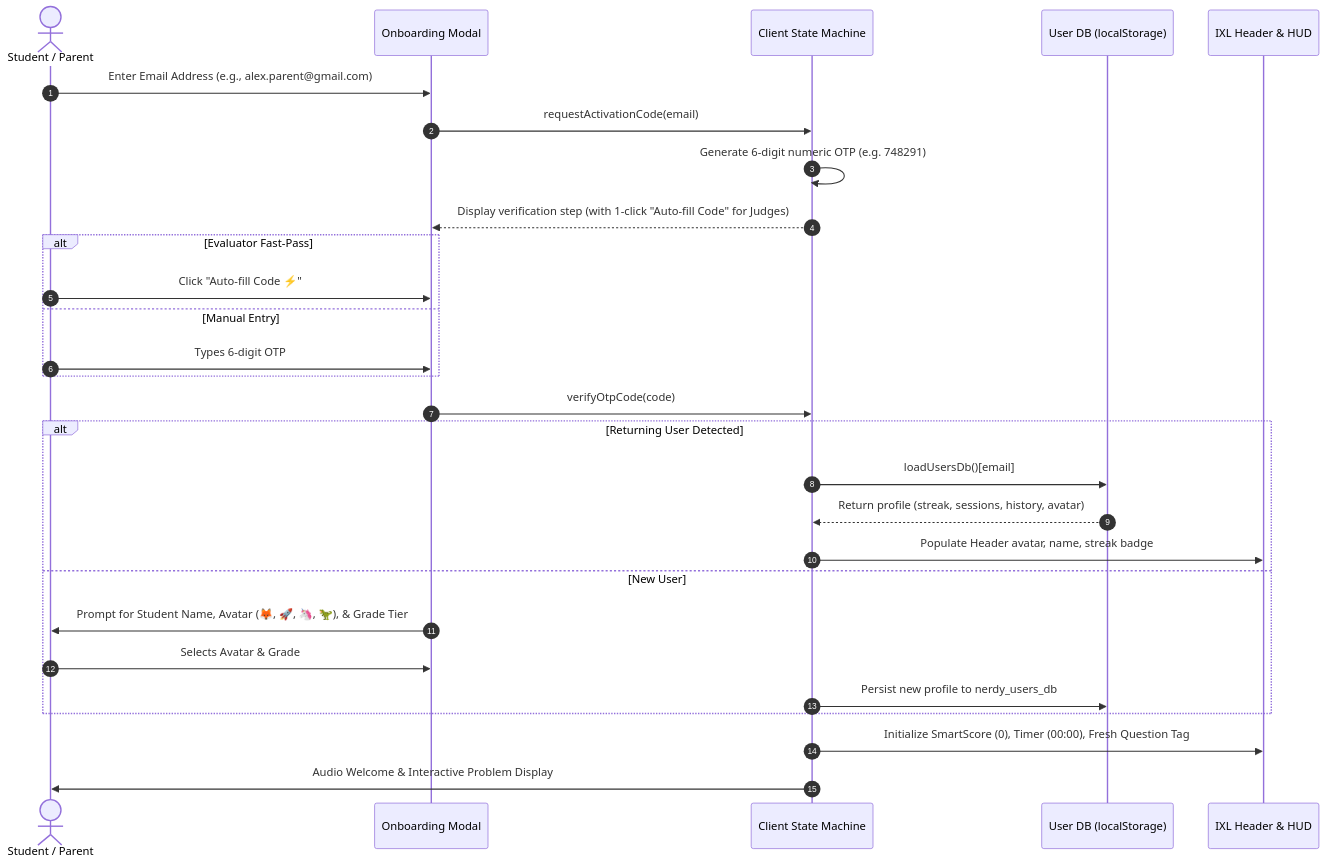
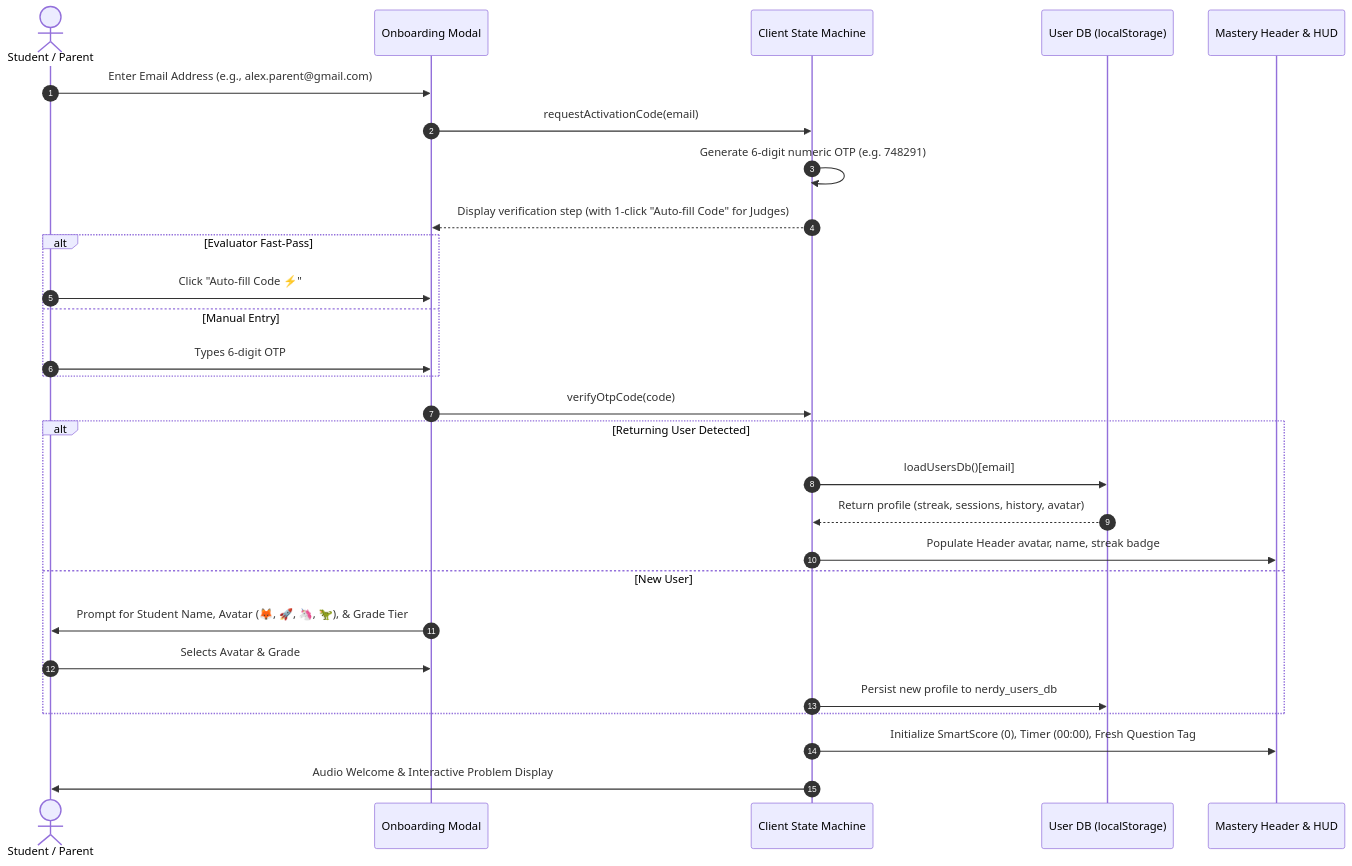
Before and after one commit to SKannaian/nerdy-arithmetic-ai: the second of 8 diagrams in ARCHITECTURE.md, drawn with Mermaid. The commit also changed other lines of this file and 6 other files, not shown here.

````diff
--- a/ARCHITECTURE.md
+++ b/ARCHITECTURE.md
@@ -95,35 +95,35 @@
 ```mermaid
 sequenceDiagram
     autonumber
     actor Learner as Student / Parent
     participant UI as Onboarding Modal
     participant Engine as Client State Machine
     participant DB as User DB (localStorage)
-    participant HUD as IXL Header & HUD
+    participant HUD as Mastery Header & HUD
 
     Learner->>UI: Enter Email Address (e.g., alex.parent@gmail.com)
     UI->>Engine: requestActivationCode(email)
     Engine->>Engine: Generate 6-digit numeric OTP (e.g. 748291)
     Engine-->>UI: Display verification step (with 1-click "Auto-fill Code" for Judges)
     
     alt Evaluator Fast-Pass
         Learner->>UI: Click "Auto-fill Code ⚡"
     else Manual Entry
         Learner->>UI: Types 6-digit OTP
     end
 
     UI->>Engine: verifyOtpCode(code)
     
     alt Returning User Detected
         Engine->>DB: loadUsersDb()[email]
         DB-->>Engine: Return profile (streak, sessions, history, avatar)
         Engine->>HUD: Populate Header avatar, name, streak badge
     else New User
         UI->>Learner: Prompt for Student Name, Avatar (🦊, 🚀, 🦄, 🦖), & Grade Tier
         Learner->>UI: Selects Avatar & Grade
         Engine->>DB: Persist new profile to nerdy_users_db
     end
 
     Engine->>HUD: Initialize SmartScore (0), Timer (00:00), Fresh Question Tag
     Engine->>Learner: Audio Welcome & Interactive Problem Display
 ```
````
